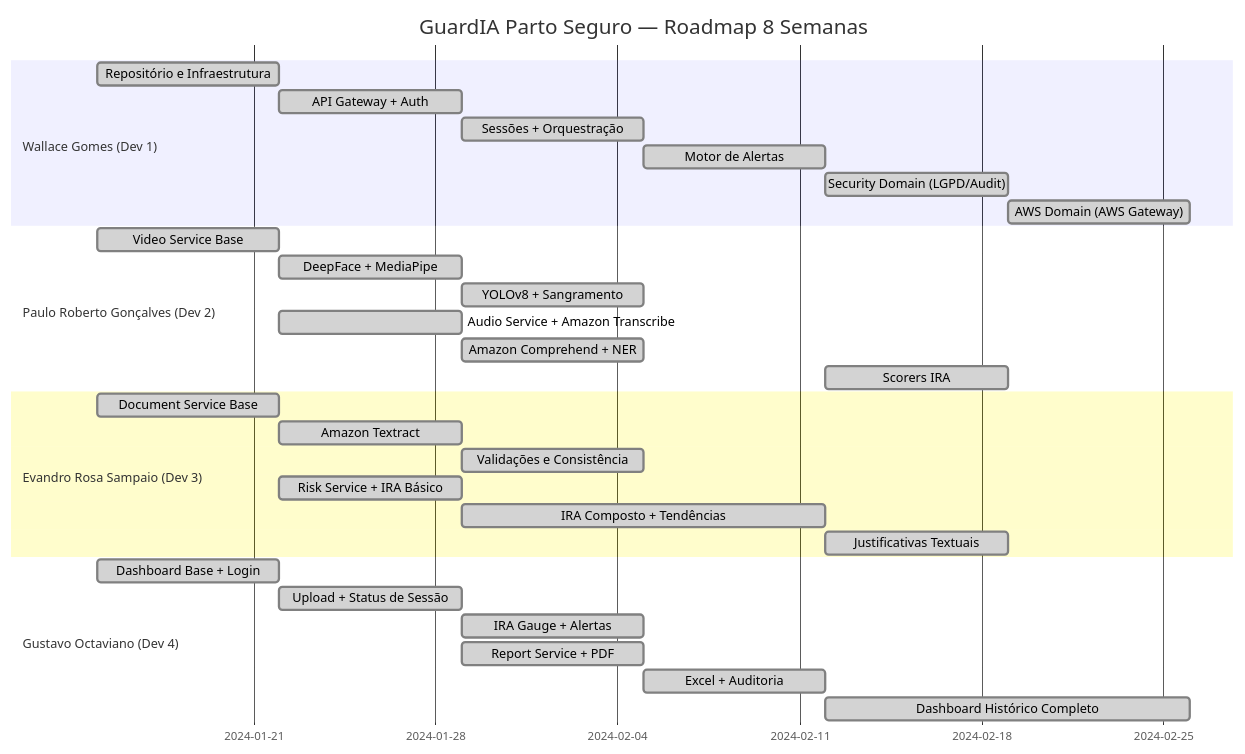
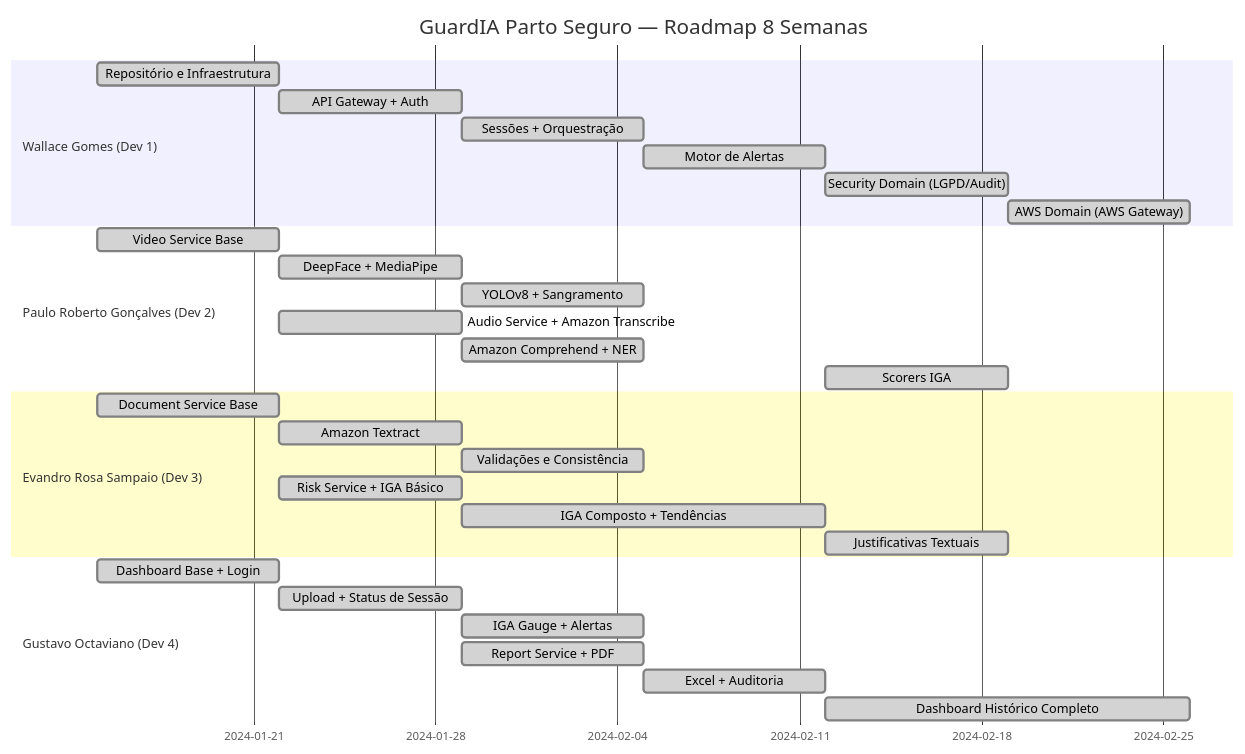
The diagram in docs/ROADMAP.md (Wallace82/guardia-parto-seguro), drawn with Mermaid before and after one commit. The commit also changed other lines of this file and 22 other files, not shown here.

Commit message:
feat: implement report generation page and add project documentation architecture

````diff
--- a/docs/ROADMAP.md
+++ b/docs/ROADMAP.md
@@ -9,36 +9,36 @@
 ```mermaid
 gantt
     title GuardIA Parto Seguro — Roadmap 8 Semanas
     dateFormat  YYYY-MM-DD
     section Wallace Gomes (Dev 1)
     Repositório e Infraestrutura     :done, a1, 2024-01-15, 7d
     API Gateway + Auth               :done, a2, after a1, 7d
     Sessões + Orquestração           :done, a3, after a2, 7d
     Motor de Alertas                 :done, a4, after a3, 7d
     Security Domain (LGPD/Audit)     :done, a5, after a4, 7d
     AWS Domain (AWS Gateway)         :done, a6, after a5, 7d
 
     section Paulo Roberto Gonçalves (Dev 2)
     Video Service Base               :done, b1, 2024-01-15, 7d
     DeepFace + MediaPipe             :done, b2, after b1, 7d
     YOLOv8 + Sangramento             :done, b3, after b2, 7d
     Audio Service + Amazon Transcribe:done, b4, 2024-01-22, 7d
     Amazon Comprehend + NER          :done, b5, after b4, 7d
-    Scorers IRA                      :done, b6, 2024-02-12, 7d
+    Scorers IGA                      :done, b6, 2024-02-12, 7d
 
     section Evandro Rosa Sampaio (Dev 3)
     Document Service Base            :done, c1, 2024-01-15, 7d
     Amazon Textract                  :done, c2, after c1, 7d
     Validações e Consistência        :done, c3, after c2, 7d
-    Risk Service + IRA Básico        :done, c4, 2024-01-22, 7d
-    IRA Composto + Tendências        :done, c5, after c4, 14d
+    Risk Service + IGA Básico        :done, c4, 2024-01-22, 7d
+    IGA Composto + Tendências        :done, c5, after c4, 14d
     Justificativas Textuais          :done, c6, 2024-02-12, 7d
 
     section Gustavo Octaviano (Dev 4)
     Dashboard Base + Login           :done, d1, 2024-01-15, 7d
     Upload + Status de Sessão        :done, d2, after d1, 7d
-    IRA Gauge + Alertas              :done, d3, after d2, 7d
+    IGA Gauge + Alertas              :done, d3, after d2, 7d
     Report Service + PDF             :done, d4, 2024-01-29, 7d
     Excel + Auditoria                :done, d5, after d4, 7d
     Dashboard Histórico Completo     :done, d6, 2024-02-12, 14d
 ```
````
